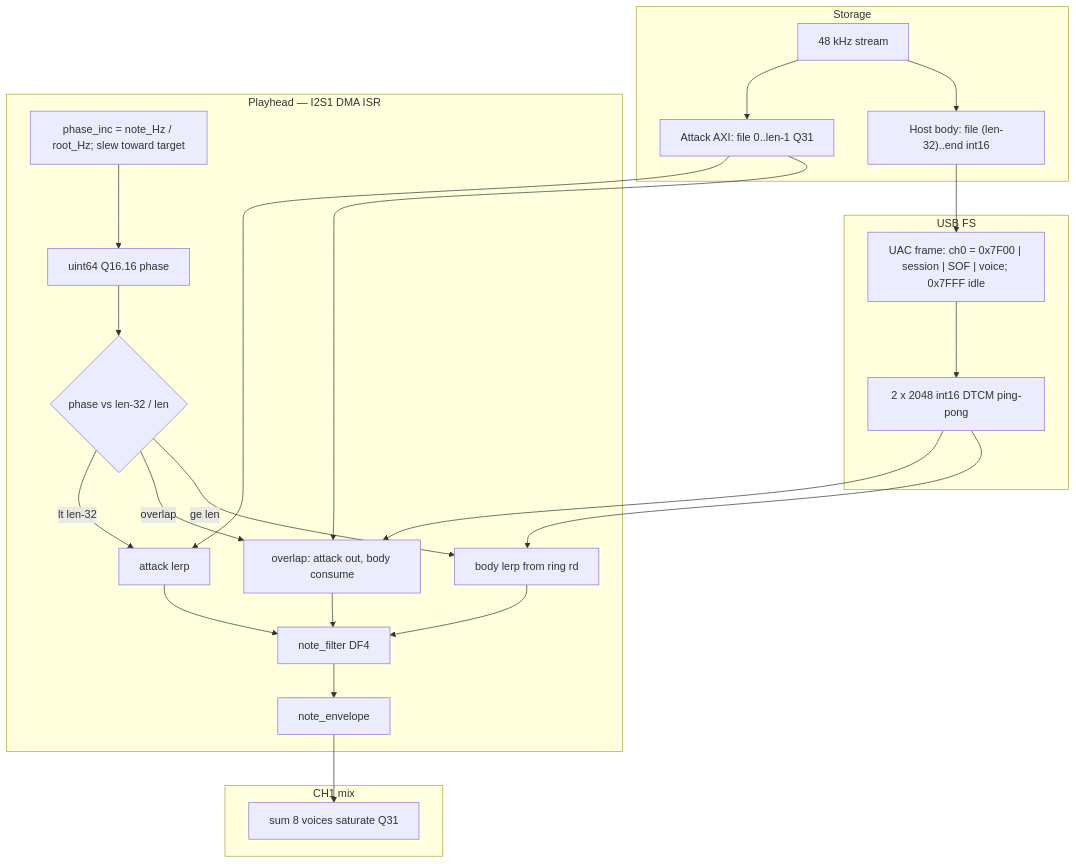
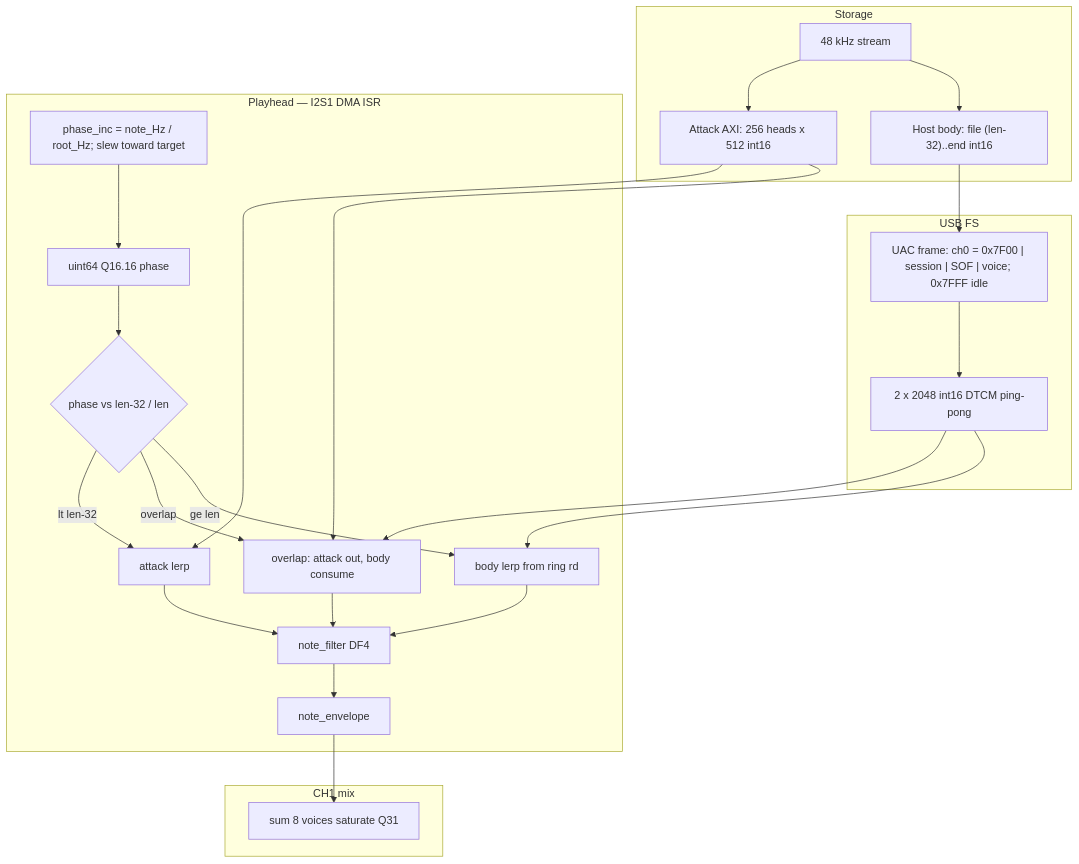
The second of 5 diagrams in channel_card/docs/diagrams/card_data_flow.md (narendrabhatt-freshwater/firmware), drawn with Mermaid before and after one commit. The commit also changed other lines of this file and 24 other files, not shown here.

````diff
--- a/channel_card/docs/diagrams/card_data_flow.md
+++ b/channel_card/docs/diagrams/card_data_flow.md
@@ -68,45 +68,45 @@
 ```mermaid
 flowchart TB
   subgraph store [Storage]
     File["48 kHz stream"]
-    Atk["Attack AXI: file 0..len-1 Q31"]
+    Atk["Attack AXI: 256 heads x 512 int16"]
     Body["Host body: file (len-32)..end int16"]
     File --> Atk
     File --> Body
   end
 
   subgraph usb [USB FS]
     Tag["UAC frame: ch0 = 0x7F00 | session | SOF | voice; 0x7FFF idle"]
     Slots["2 x 2048 int16 DTCM ping-pong"]
     Body --> Tag --> Slots
   end
 
   subgraph play [Playhead — I2S1 DMA ISR]
     Ph["uint64 Q16.16 phase"]
     Inc["phase_inc = note_Hz / root_Hz; slew toward target"]
     Join{"phase vs len-32 / len"}
     AtkOnly["attack lerp"]
     Xfade["overlap: attack out, body consume"]
     BodyOnly["body lerp from ring rd"]
     Lpf["note_filter DF4"]
     Env["note_envelope"]
     Ph --> Join
     Inc --> Ph
     Atk --> AtkOnly
     Atk --> Xfade
     Slots --> Xfade
     Slots --> BodyOnly
     Join -->|lt len-32| AtkOnly
     Join -->|overlap| Xfade
     Join -->|ge len| BodyOnly
     AtkOnly --> Lpf
     Xfade --> Lpf
     BodyOnly --> Lpf
     Lpf --> Env
   end
 
   subgraph mix [CH1 mix]
     Sum["sum 8 voices saturate Q31"]
     Env --> Sum
   end
 ```
````
